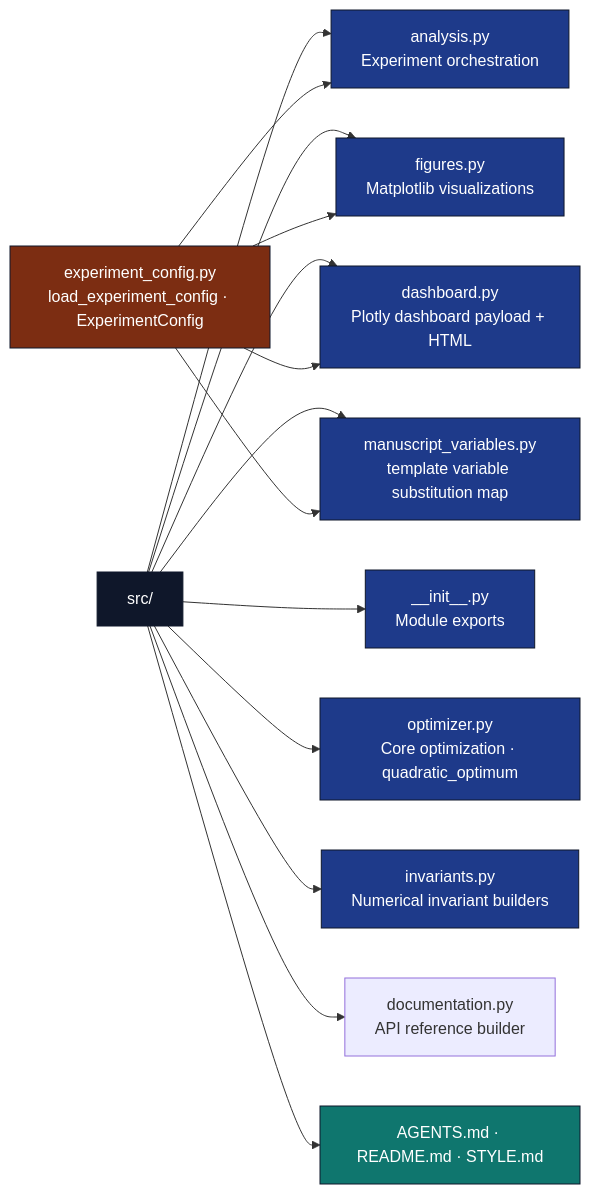
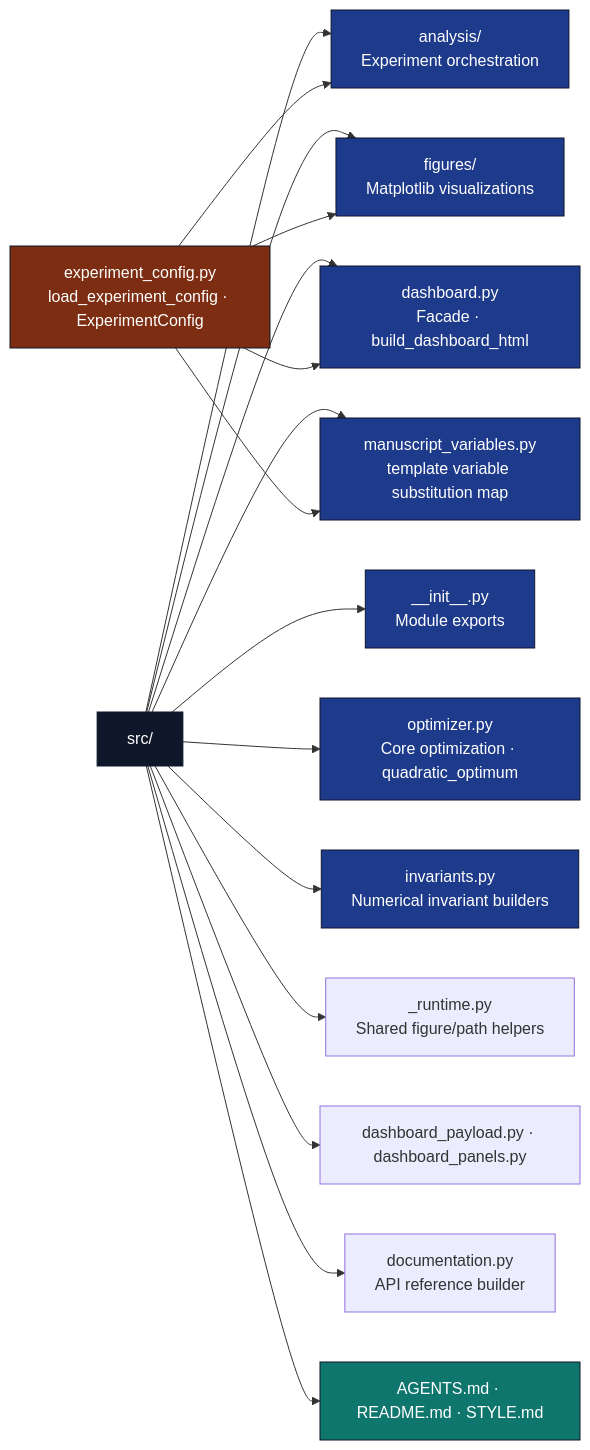
One commit to docxology/template changed the diagram in projects/template_code_project/src/AGENTS.md. Above: the diagram before and after it, drawn with Mermaid. The commit also changed other lines of this file and 580 other files, not shown here.

````diff
--- a/projects/template_code_project/src/AGENTS.md
+++ b/projects/template_code_project/src/AGENTS.md
@@ -19,28 +19,30 @@
 ```mermaid
 flowchart LR
     CFG[experiment_config.py<br/>load_experiment_config · ExperimentConfig]
     SRC["src/"]
     SRC --> INIT[__init__.py<br/>Module exports]
     SRC --> OPT[optimizer.py<br/>Core optimization · quadratic_optimum]
     SRC --> INV[invariants.py<br/>Numerical invariant builders]
-    SRC --> ANA[analysis.py<br/>Experiment orchestration]
-    SRC --> FIG[figures.py<br/>Matplotlib visualizations]
-    SRC --> DASH[dashboard.py<br/>Plotly dashboard payload + HTML]
+    SRC --> ANA[analysis/<br/>Experiment orchestration]
+    SRC --> FIG[figures/<br/>Matplotlib visualizations]
+    SRC --> RUN[_runtime.py<br/>Shared figure/path helpers]
+    SRC --> DASH[dashboard.py<br/>Facade · build_dashboard_html]
+    SRC --> DP[dashboard_payload.py · dashboard_panels.py]
     SRC --> VARS["manuscript_variables.py<br/>template variable substitution map"]
     SRC --> DOC[documentation.py<br/>API reference builder]
     SRC --> AG[AGENTS.md · README.md · STYLE.md]
 
     CFG --> ANA
     CFG --> FIG
     CFG --> DASH
     CFG --> VARS
 
     classDef d fill:#0f172a,stroke:#0f172a,color:#fff
     classDef code fill:#1e3a8a,stroke:#0f172a,color:#fff
     classDef cfg fill:#7c2d12,stroke:#0f172a,color:#fff
     classDef doc fill:#0f766e,stroke:#0f172a,color:#fff
     class SRC d
     class INIT,OPT,INV,ANA,FIG,DASH,VARS code
     class CFG cfg
     class AG doc
 ```
````
